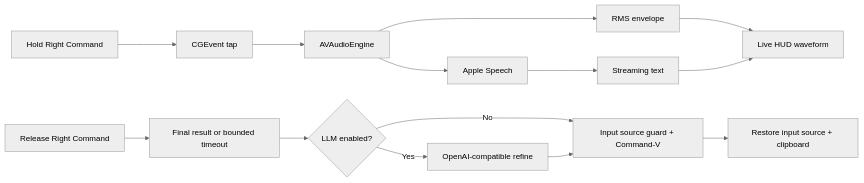
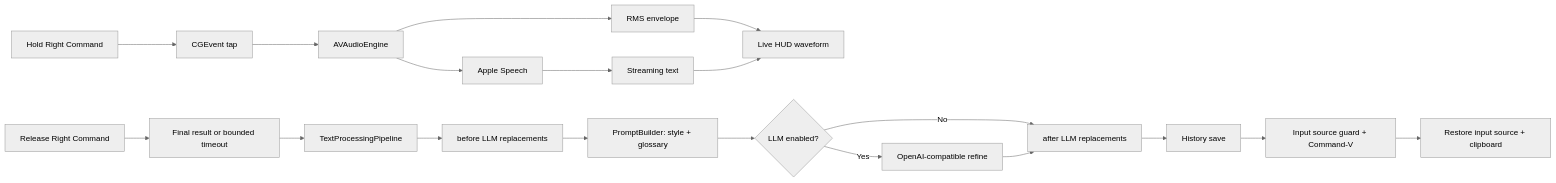
The diagram in README.md (xingbofeng/VoiceInput), drawn with Mermaid (neutral theme) before and after one commit. The commit also changed other lines of this file and 176 other files, not shown here.

````diff
--- a/README.md
+++ b/README.md
@@ -203,16 +220,21 @@
 ```mermaid
 flowchart LR
     HOTKEY["Hold Right Command"] --> TAP["CGEvent tap"]
     TAP --> AUDIO["AVAudioEngine"]
     AUDIO --> RMS["RMS envelope"]
     RMS --> HUD["Live HUD waveform"]
     AUDIO --> SPEECH["Apple Speech"]
     SPEECH --> PARTIAL["Streaming text"]
     PARTIAL --> HUD
     HOTKEY2["Release Right Command"] --> FINAL["Final result or bounded timeout"]
-    FINAL --> CHECK{"LLM enabled?"}
-    CHECK -- No --> PASTE["Input source guard + Command-V"]
+    FINAL --> PIPE["TextProcessingPipeline"]
+    PIPE --> RULE1["before LLM replacements"]
+    RULE1 --> PROMPT["PromptBuilder: style + glossary"]
+    PROMPT --> CHECK{"LLM enabled?"}
+    CHECK -- No --> RULE2["after LLM replacements"]
     CHECK -- Yes --> REFINE["OpenAI-compatible refine"]
-    REFINE --> PASTE
+    REFINE --> RULE2
+    RULE2 --> HIST["History save"]
+    HIST --> PASTE["Input source guard + Command-V"]
     PASTE --> RESTORE["Restore input source + clipboard"]
 ```
````
